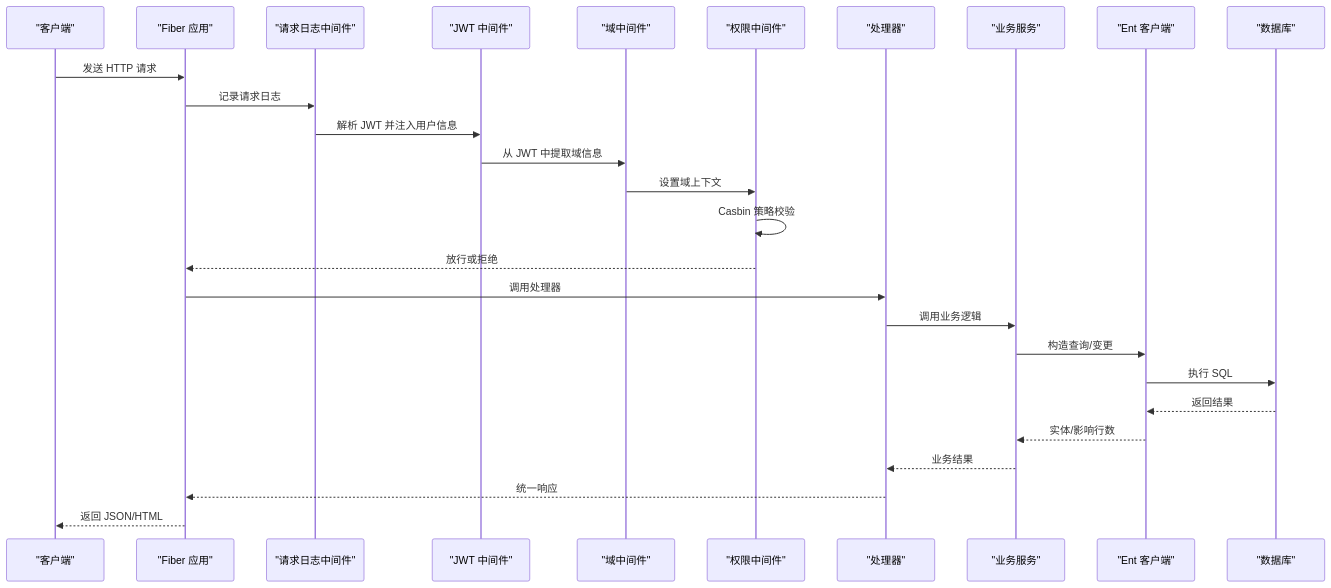
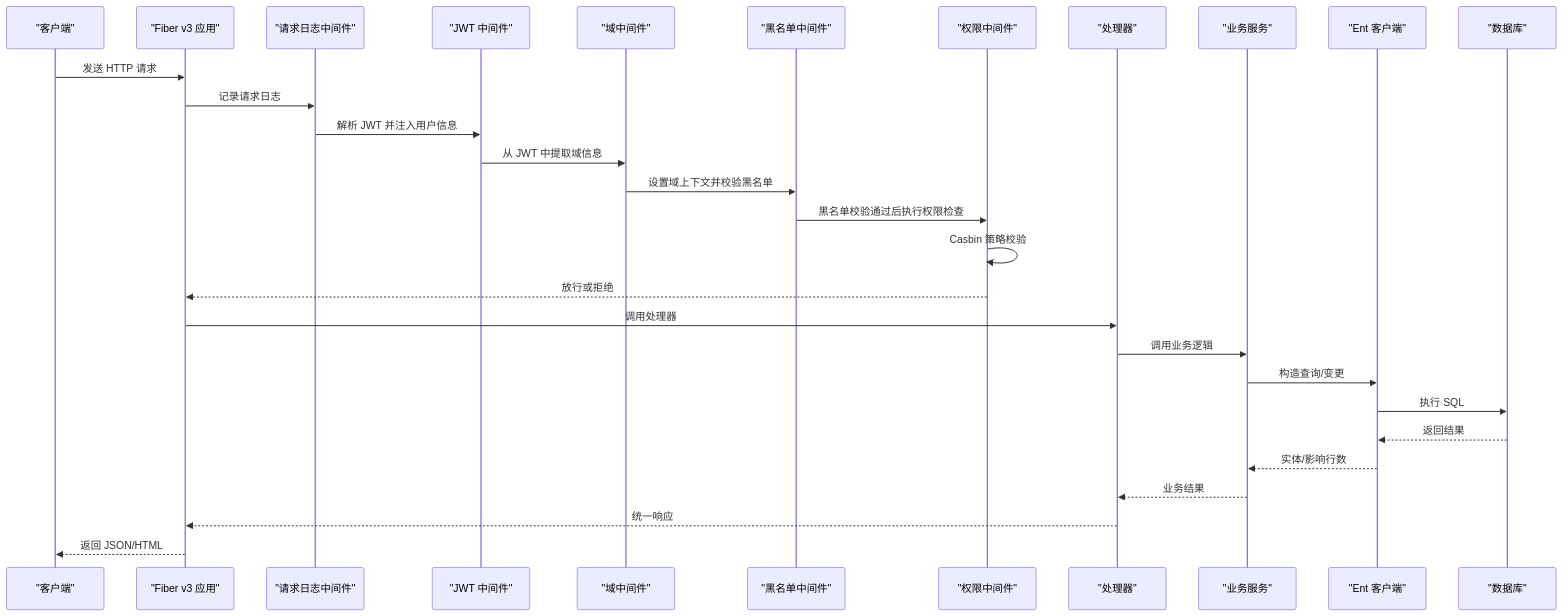
Before and after one commit to wuwuseo/e-sports-go-admin: the second of 8 diagrams in .qoder/repowiki/zh/content/架构设计/架构设计.md, drawn with Mermaid. The commit also changed other lines of this file and 42 other files, not shown here.

````diff
--- a/.qoder/repowiki/zh/content/架构设计/架构设计.md
+++ b/.qoder/repowiki/zh/content/架构设计/架构设计.md
@@ -118,29 +136,31 @@
 ```mermaid
 sequenceDiagram
 participant Client as "客户端"
-participant Fiber as "Fiber 应用"
+participant Fiber as "Fiber v3 应用"
 participant Logger as "请求日志中间件"
 participant JWT as "JWT 中间件"
 participant Domain as "域中间件"
+participant Blacklist as "黑名单中间件"
 participant Perm as "权限中间件"
 participant Handler as "处理器"
 participant Service as "业务服务"
 participant ORM as "Ent 客户端"
 participant DB as "数据库"
 Client->>Fiber : 发送 HTTP 请求
 Fiber->>Logger : 记录请求日志
 Logger->>JWT : 解析 JWT 并注入用户信息
 JWT->>Domain : 从 JWT 中提取域信息
-Domain->>Perm : 设置域上下文
+Domain->>Blacklist : 设置域上下文并校验黑名单
+Blacklist->>Perm : 黑名单校验通过后执行权限检查
 Perm->>Perm : Casbin 策略校验
 Perm-->>Fiber : 放行或拒绝
 Fiber->>Handler : 调用处理器
 Handler->>Service : 调用业务逻辑
 Service->>ORM : 构造查询/变更
 ORM->>DB : 执行 SQL
 DB-->>ORM : 返回结果
 ORM-->>Service : 实体/影响行数
 Service-->>Handler : 业务结果
 Handler-->>Fiber : 统一响应
 Fiber-->>Client : 返回 JSON/HTML
 ```
````
